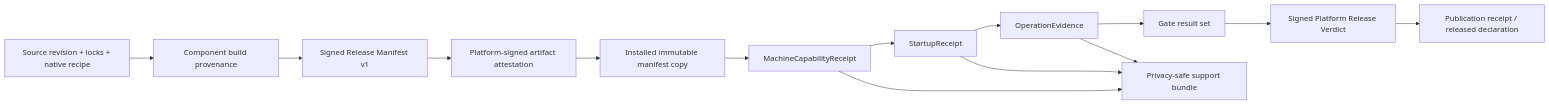
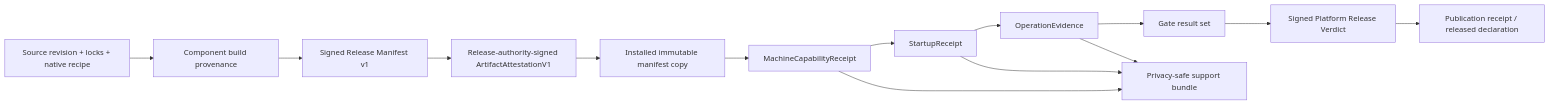
Before and after one commit to FrankQDWang/SeekTalent: the diagram in docs/plans/external-execution-plane-v1-release-artifact-evidence.md, drawn with Mermaid. The commit also changed other lines of this file, not shown here.

Commit message:
docs: close release verdict and offline authorization

````diff
--- a/docs/plans/external-execution-plane-v1-release-artifact-evidence.md
+++ b/docs/plans/external-execution-plane-v1-release-artifact-evidence.md
@@ -606,16 +716,16 @@
 ```mermaid
 flowchart LR
   S["Source revision + locks + native recipe"] --> B["Component build provenance"]
   B --> M["Signed Release Manifest v1"]
-  M --> A["Platform-signed artifact attestation"]
+  M --> A["Release-authority-signed ArtifactAttestationV1"]
   A --> I["Installed immutable manifest copy"]
   I --> C["MachineCapabilityReceipt"]
   C --> T["StartupReceipt"]
   T --> O["OperationEvidence"]
   O --> G["Gate result set"]
   G --> V["Signed Platform Release Verdict"]
   C --> U["Privacy-safe support bundle"]
   T --> U
   O --> U
   V --> P["Publication receipt / released declaration"]
 ```
````
